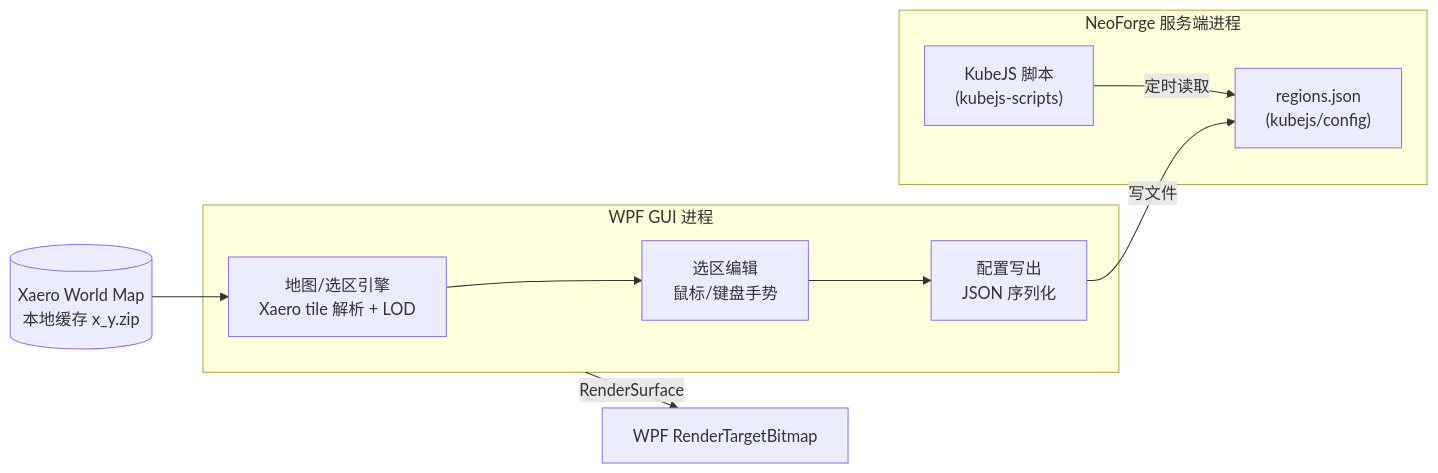
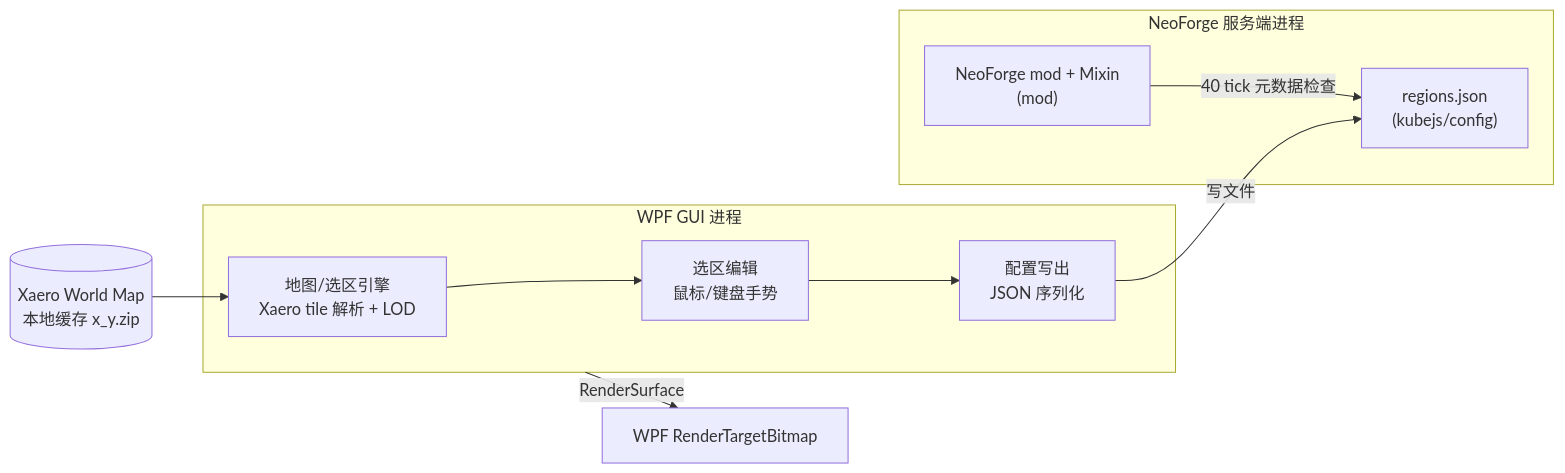
The diagram in docs/architecture/03-building-blocks.md (yabo083/mc-chunk-protector), drawn with Mermaid before and after one commit. The commit also changed other lines of this file and 22 other files, not shown here.

````diff
--- a/docs/architecture/03-building-blocks.md
+++ b/docs/architecture/03-building-blocks.md
@@ -5,19 +5,19 @@
 ```mermaid
 flowchart LR
     subgraph MC_SERVER["NeoForge 服务端进程"]
-        KJS["KubeJS 脚本<br/>(kubejs-scripts)"]
+        MOD["NeoForge mod + Mixin<br/>(mod)"]
         CFG["regions.json<br/>(kubejs/config)"]
-        KJS -- 定时读取 --> CFG
+        MOD -- 40 tick 元数据检查 --> CFG
     end
 
     subgraph GUI_PROG["WPF GUI 进程"]
         GEO["地图/选区引擎<br/>Xaero tile 解析 + LOD"]
         EDIT["选区编辑<br/>鼠标/键盘手势"]
         IO["配置写出<br/>JSON 序列化"]
         GEO --> EDIT --> IO
     end
 
     IO -- 写文件 --> CFG
     XAERO[(Xaero World Map<br/>本地缓存 x_y.zip)] --> GEO
     GUI_PROG -->|"RenderSurface"| WPF["WPF RenderTargetBitmap"]
 ```
````
